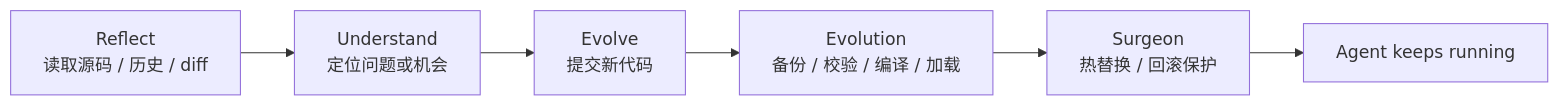
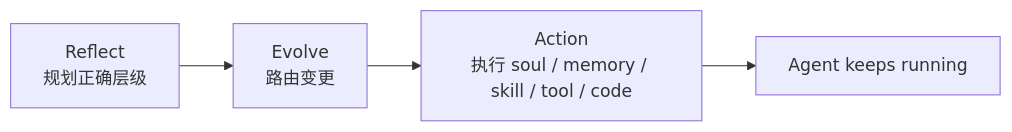
Before and after one commit to gofenix/nex-agent: the second of 3 diagrams in README.zh-CN.md, drawn with Mermaid. The commit also changed other lines of this file and 17 other files, not shown here.

````diff
--- a/README.zh-CN.md
+++ b/README.zh-CN.md
@@ -373,8 +369,4 @@
 ```mermaid
 flowchart LR
-    A["Reflect<br/>读取源码 / 历史 / diff"] --> B["Understand<br/>定位问题或机会"]
-    B --> C["Evolve<br/>提交新代码"]
-    C --> D["Evolution<br/>备份 / 校验 / 编译 / 加载"]
-    D --> E["Surgeon<br/>热替换 / 回滚保护"]
-    E --> F["Agent keeps running"]
+    A["Reflect<br/>规划正确层级"] --> B["Evolve<br/>路由变更"] --> C["Action<br/>执行 soul / memory / skill / tool / code"] --> D["Agent keeps running"]
 ```
````
